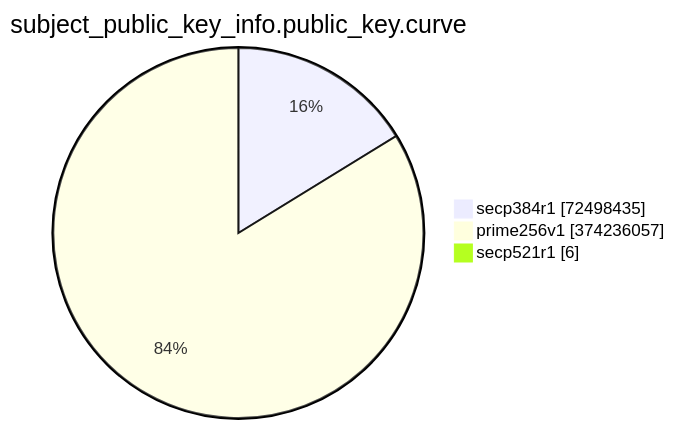
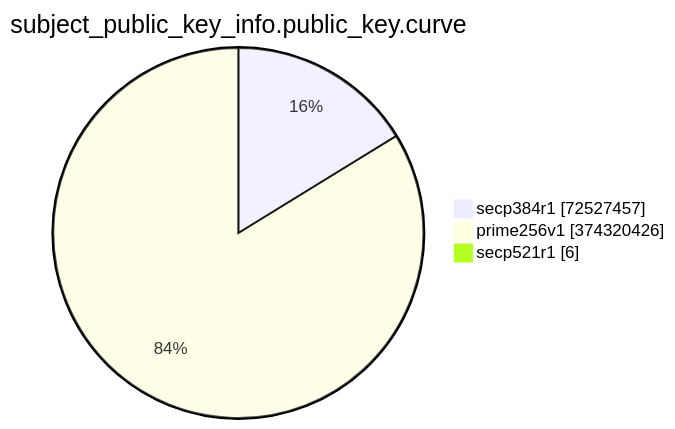
The eighth of 15 diagrams in TOTAL/README.md (christiankrug/ctmonitor_visualization), drawn with Mermaid before and after one commit. The commit also changed other lines of this file, not shown here.

````diff
--- a/TOTAL/README.md
+++ b/TOTAL/README.md
@@ -3094,7 +3094,7 @@
 ```mermaid
 pie showData
 title subject_public_key_info.public_key.curve
-"secp384r1" :72498435
-"prime256v1" :374236057
+"secp384r1" :72527457
+"prime256v1" :374320426
 "secp521r1" :6
 ```
````
